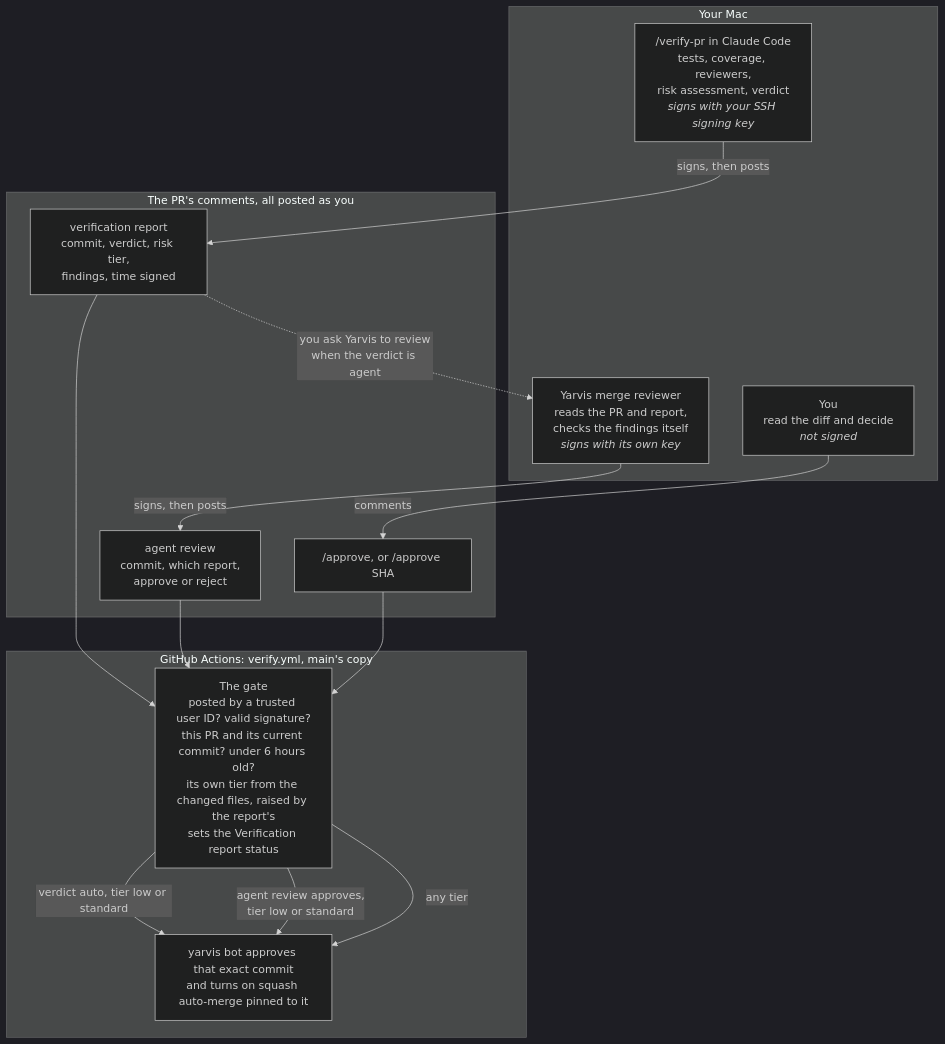
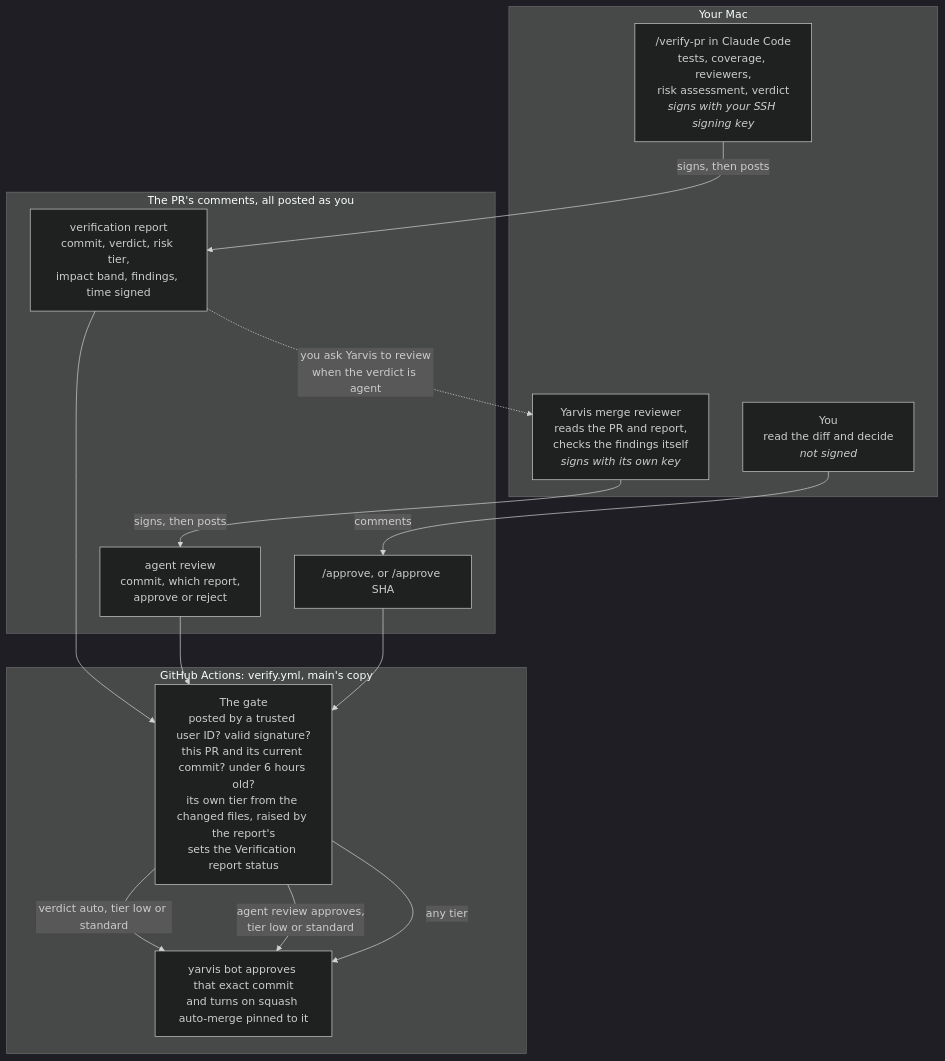
The diagram in docs/verification.md (bennettaur/yarvis), drawn with Mermaid (dark theme) before and after one commit. The commit also changed other lines of this file and 15 other files, not shown here.

````diff
--- a/docs/verification.md
+++ b/docs/verification.md
@@ -14,30 +14,30 @@
 ```mermaid
 flowchart TB
   subgraph mac["Your Mac"]
     verify["/verify-pr in Claude Code<br/>tests, coverage, reviewers,<br/>risk assessment, verdict<br/><i>signs with your SSH signing key</i>"]
     reviewer["Yarvis merge reviewer<br/>reads the PR and report,<br/>checks the findings itself<br/><i>signs with its own key</i>"]
     you["You<br/>read the diff and decide<br/><i>not signed</i>"]
   end
 
   subgraph pr["The PR's comments, all posted as you"]
-    report["verification report<br/>commit, verdict, risk tier,<br/>findings, time signed"]
+    report["verification report<br/>commit, verdict, risk tier,<br/>impact band, findings, time signed"]
     review["agent review<br/>commit, which report,<br/>approve or reject"]
     approve["/approve, or /approve SHA"]
   end
 
   subgraph ci["GitHub Actions: verify.yml, main's copy"]
     gate["The gate<br/>posted by a trusted user ID? valid signature?<br/>this PR and its current commit? under 6 hours old?<br/>its own tier from the changed files, raised by the report's<br/>sets the Verification report status"]
     bot["yarvis bot approves that exact commit<br/>and turns on squash auto-merge pinned to it"]
   end
 
   verify -- "signs, then posts" --> report
   report -. "you ask Yarvis to review<br/>when the verdict is agent" .-> reviewer
   reviewer -- "signs, then posts" --> review
   you -- "comments" --> approve
   report --> gate
   review --> gate
   approve --> gate
   gate -- "verdict auto, tier low or standard" --> bot
   gate -- "agent review approves,<br/>tier low or standard" --> bot
   gate -- "any tier" --> bot
 ```
````
